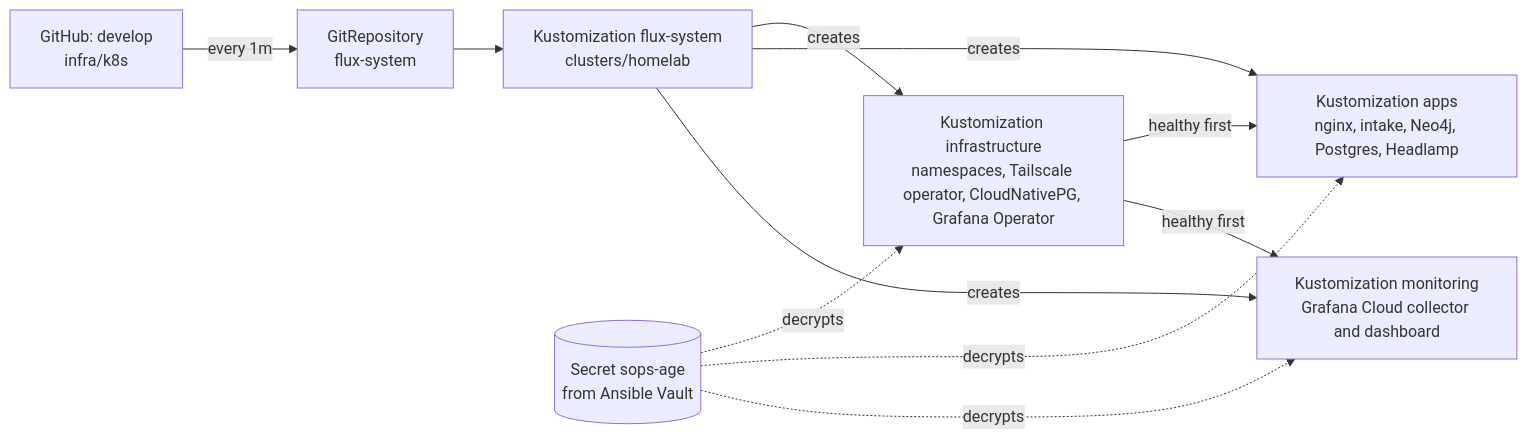
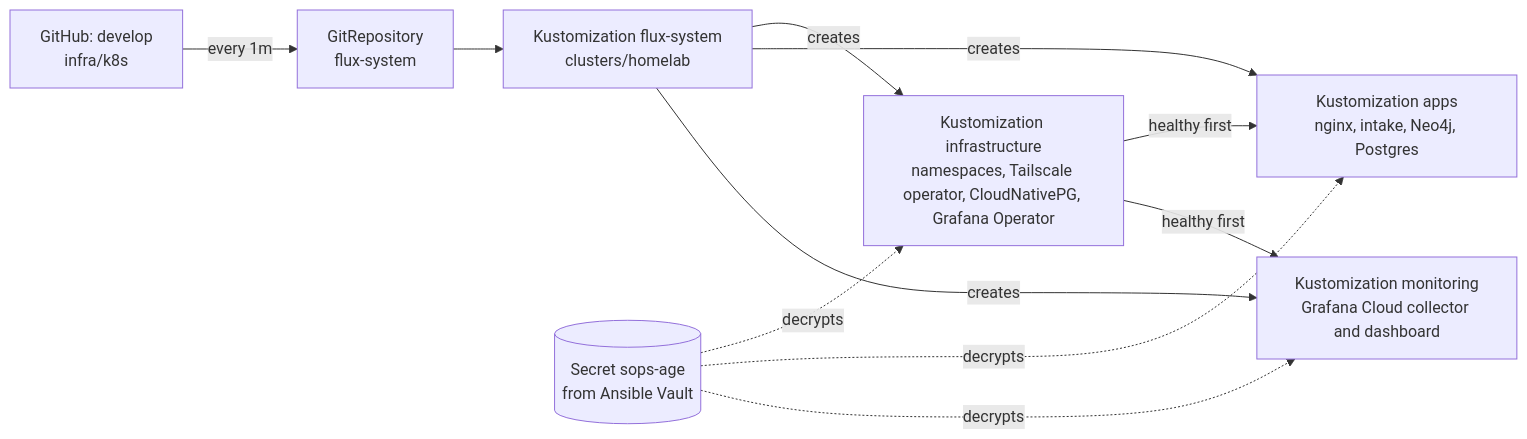
Before and after one commit to cbu-capstone-design-27/ember: the diagram in infra/docs/flux.md, drawn with Mermaid. The commit also changed other lines of this file and 12 other files, not shown here.

````diff
--- a/infra/docs/flux.md
+++ b/infra/docs/flux.md
@@ -60,13 +59,13 @@
 ```mermaid
 flowchart LR
   gh["GitHub: develop<br/>infra/k8s"] -->|every 1m| src["GitRepository<br/>flux-system"]
   src --> fs["Kustomization flux-system<br/>clusters/homelab"]
   fs -->|creates| infra["Kustomization infrastructure<br/>namespaces, Tailscale operator, CloudNativePG, Grafana Operator"]
-  fs -->|creates| apps["Kustomization apps<br/>nginx, intake, Neo4j, Postgres, Headlamp"]
+  fs -->|creates| apps["Kustomization apps<br/>nginx, intake, Neo4j, Postgres"]
   fs -->|creates| mon["Kustomization monitoring<br/>Grafana Cloud collector and dashboard"]
   infra -->|healthy first| apps
   infra -->|healthy first| mon
   key[("Secret sops-age<br/>from Ansible Vault")] -.decrypts.-> infra
   key -.decrypts.-> apps
   key -.decrypts.-> mon
 ```
````
